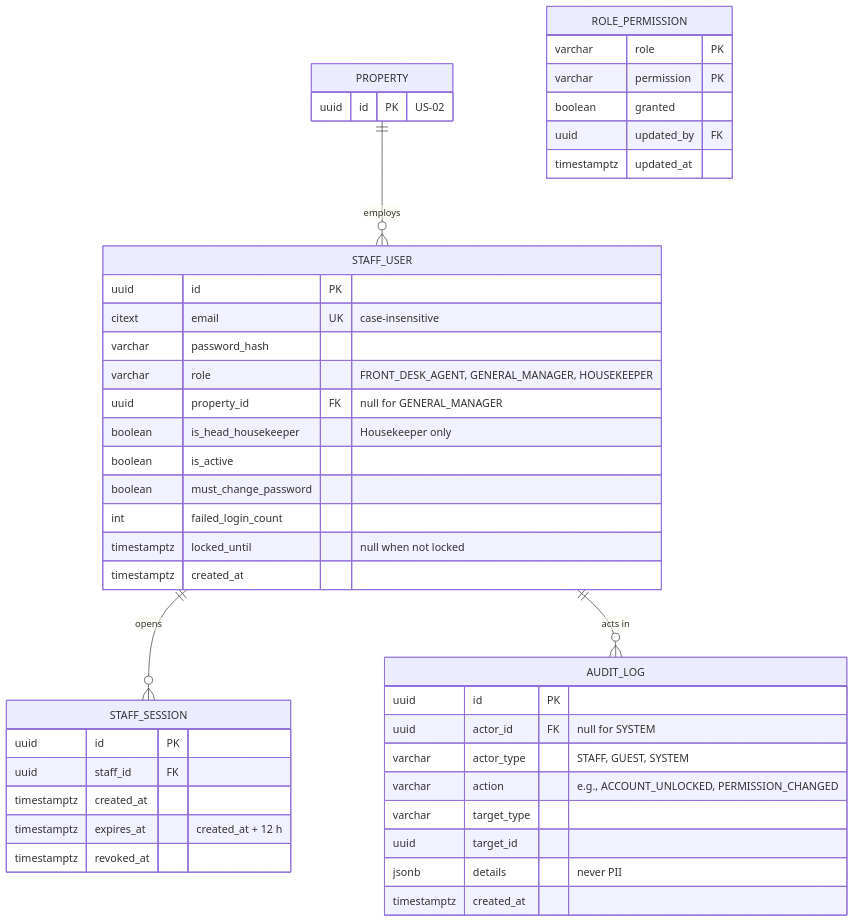
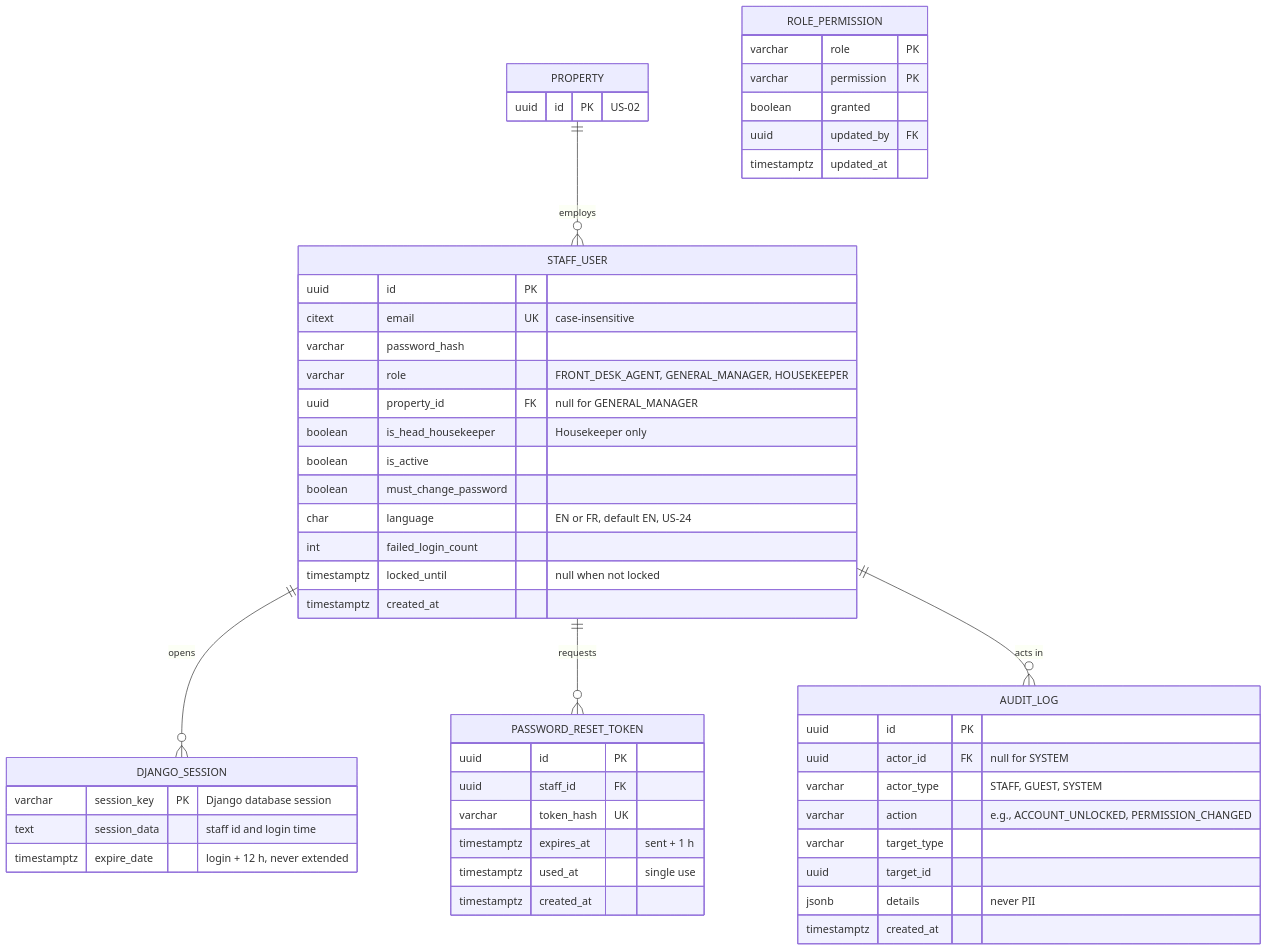
One commit to BraceroInSabot/Motel-Starmie changed the second of 6 diagrams in docs/Initial Requirements/Diagrams/US-01 - Staff Authentication and RBAC.md. Above: the diagram before and after it, drawn with Mermaid. The commit also changed other lines of this file and 15 other files, not shown here.

````diff
--- a/docs/Initial Requirements/Diagrams/US-01 - Staff Authentication and RBAC.md
+++ b/docs/Initial Requirements/Diagrams/US-01 - Staff Authentication and RBAC.md
@@ -236,47 +286,55 @@
 ```mermaid
 erDiagram
     PROPERTY ||--o{ STAFF_USER : "employs"
-    STAFF_USER ||--o{ STAFF_SESSION : "opens"
+    STAFF_USER ||--o{ DJANGO_SESSION : "opens"
+    STAFF_USER ||--o{ PASSWORD_RESET_TOKEN : "requests"
     STAFF_USER ||--o{ AUDIT_LOG : "acts in"
 
     STAFF_USER {
         uuid id PK
         citext email UK "case-insensitive"
         varchar password_hash
         varchar role "FRONT_DESK_AGENT, GENERAL_MANAGER, HOUSEKEEPER"
         uuid property_id FK "null for GENERAL_MANAGER"
         boolean is_head_housekeeper "Housekeeper only"
         boolean is_active
         boolean must_change_password
+        char language "EN or FR, default EN, US-24"
         int failed_login_count
         timestamptz locked_until "null when not locked"
         timestamptz created_at
     }
-    STAFF_SESSION {
+    DJANGO_SESSION {
+        varchar session_key PK "Django database session"
+        text session_data "staff id and login time"
+        timestamptz expire_date "login + 12 h, never extended"
+    }
+    PASSWORD_RESET_TOKEN {
         uuid id PK
         uuid staff_id FK
+        varchar token_hash UK
+        timestamptz expires_at "sent + 1 h"
+        timestamptz used_at "single use"
         timestamptz created_at
-        timestamptz expires_at "created_at + 12 h"
-        timestamptz revoked_at
     }
     ROLE_PERMISSION {
         varchar role PK
         varchar permission PK
         boolean granted
         uuid updated_by FK
         timestamptz updated_at
     }
     AUDIT_LOG {
         uuid id PK
         uuid actor_id FK "null for SYSTEM"
         varchar actor_type "STAFF, GUEST, SYSTEM"
         varchar action "e.g., ACCOUNT_UNLOCKED, PERMISSION_CHANGED"
         varchar target_type
         uuid target_id
         jsonb details "never PII"
         timestamptz created_at
     }
     PROPERTY {
         uuid id PK "US-02"
     }
 ```
````
